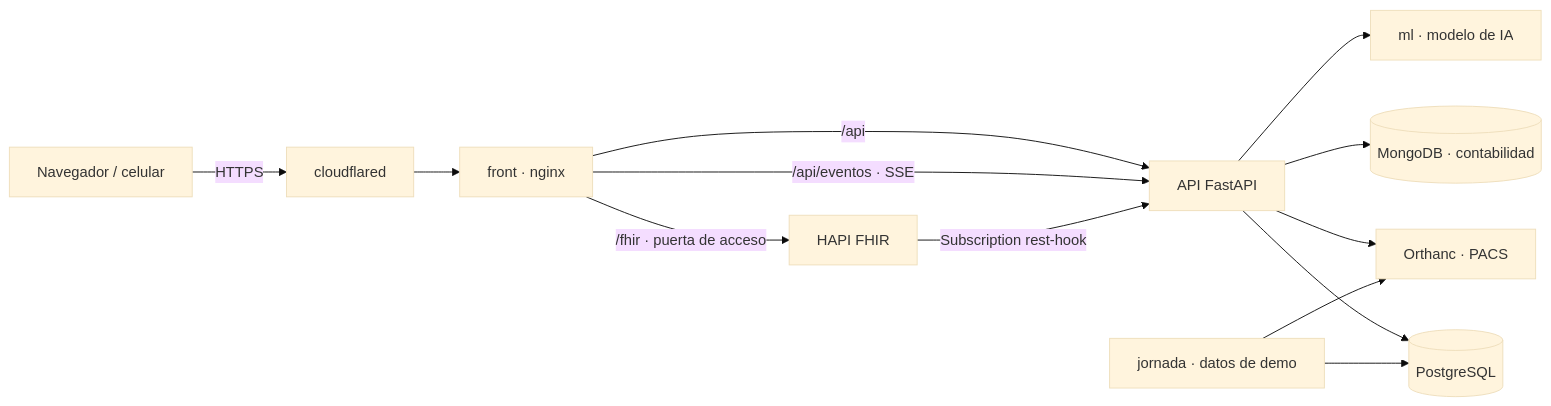
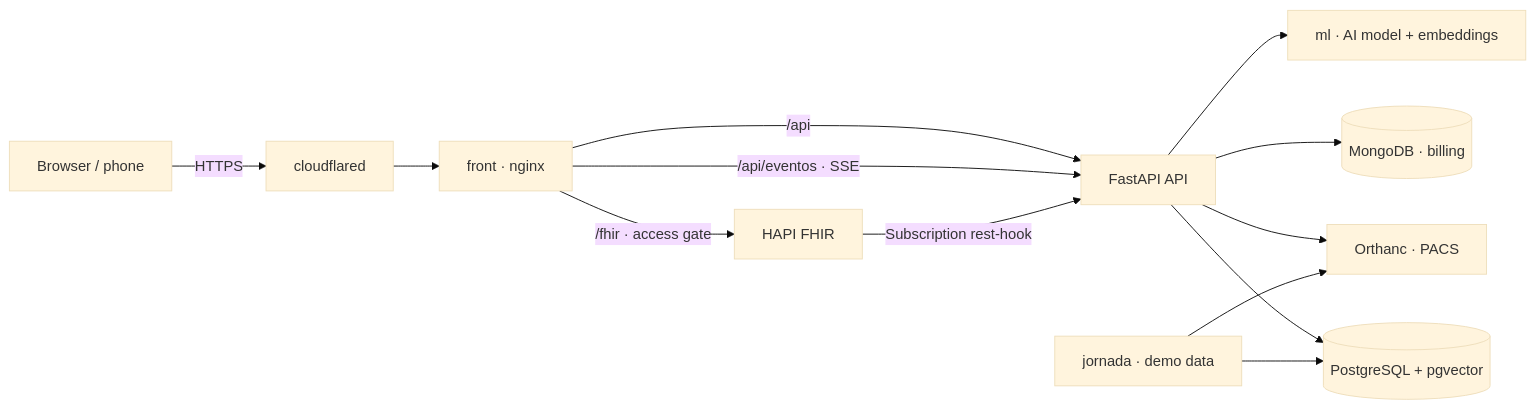
Before and after one commit to ShadowBlack33/Salud-digital-hsr: the first of 2 diagrams in README.md, drawn with Mermaid (base theme). The commit also changed other lines of this file, not shown here.

````diff
--- a/README.md
+++ b/README.md
@@ -51,15 +95,15 @@
 ```mermaid
 flowchart LR
-  U[Navegador / celular] -->|HTTPS| CF[cloudflared]
+  U[Browser / phone] -->|HTTPS| CF[cloudflared]
   CF --> NG[front · nginx]
-  NG -->|/api| API[API FastAPI]
+  NG -->|/api| API[FastAPI API]
   NG -->|/api/eventos · SSE| API
-  NG -->|/fhir · puerta de acceso| FHIR[HAPI FHIR]
-  API --> PG[(PostgreSQL)]
-  API --> MG[(MongoDB · contabilidad)]
+  NG -->|/fhir · access gate| FHIR[HAPI FHIR]
+  API --> PG[(PostgreSQL + pgvector)]
+  API --> MG[(MongoDB · billing)]
   API --> OR[Orthanc · PACS]
-  API --> ML[ml · modelo de IA]
+  API --> ML[ml · AI model + embeddings]
   FHIR -->|Subscription rest-hook| API
-  JR[jornada · datos de demo] --> PG
+  JR[jornada · demo data] --> PG
   JR --> OR
 ```
````
